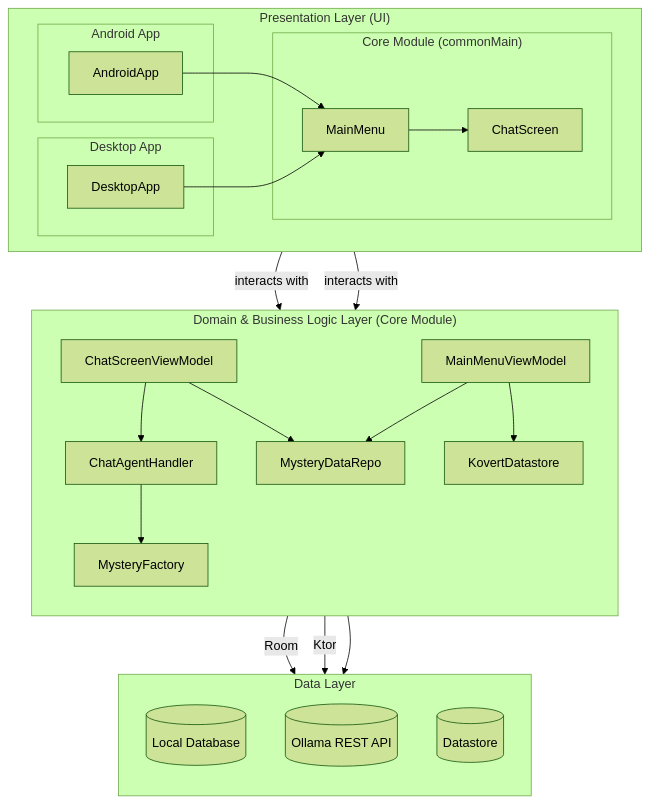
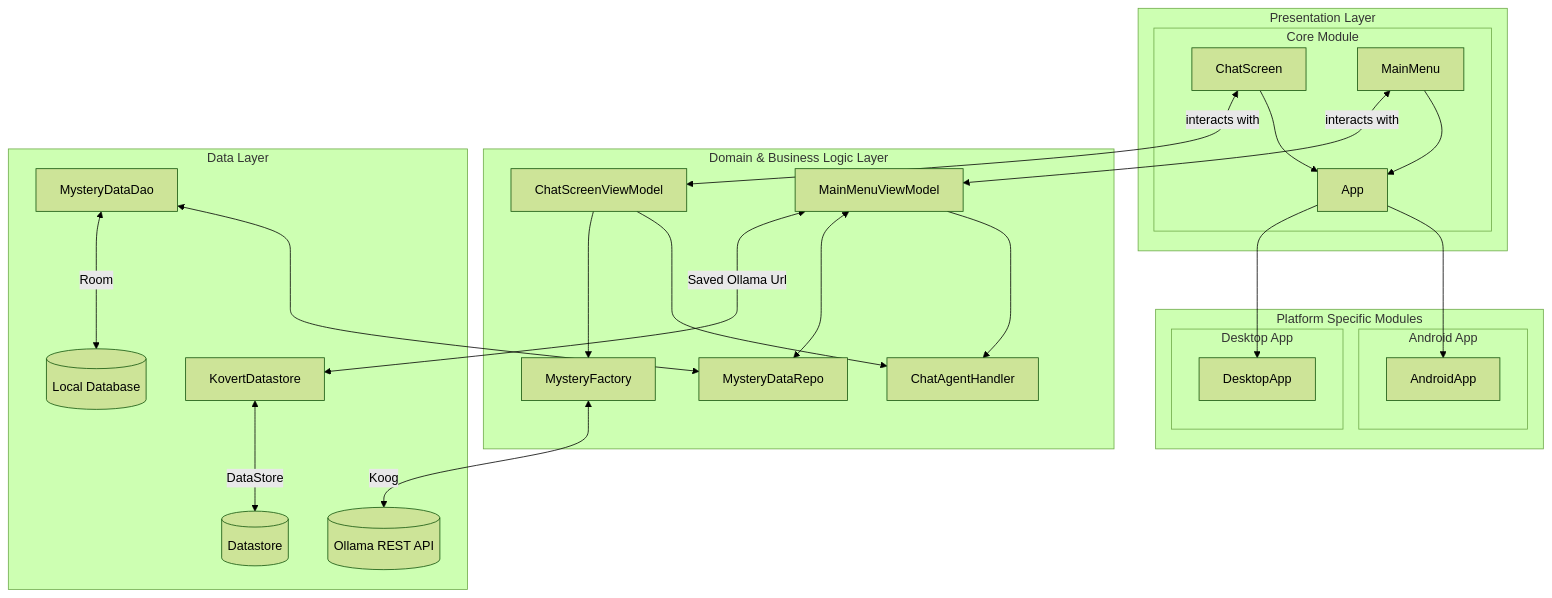
One commit to shub39/Kovert changed the diagram in README.md. Above: the diagram before and after it, drawn with Mermaid (forest theme).

Commit message:
:memo: Update Mermaid diagram in README

````diff
--- a/README.md
+++ b/README.md
@@ -21,39 +21,42 @@
 ```mermaid
 graph TD
-    subgraph "Presentation Layer (UI)"
-        direction LR
+    subgraph "Platform Specific Modules"
         subgraph "Android App"
             AndroidApp
         end
         subgraph "Desktop App"
             DesktopApp
         end
-        subgraph "Core Module (commonMain)"
+    end
+
+    subgraph "Presentation Layer"
+        subgraph "Core Module"
+            App
             ChatScreen
             MainMenu
         end
     end
 
-    subgraph "Domain & Business Logic Layer (Core Module)"
-        direction TB
+    subgraph "Domain & Business Logic Layer"
         ChatScreenViewModel --> ChatAgentHandler
-        ChatScreenViewModel --> MysteryDataRepo
-        MainMenuViewModel --> MysteryDataRepo
-        MainMenuViewModel --> KovertDatastore
-        ChatAgentHandler --> MysteryFactory
+        MainMenuViewModel --> ChatAgentHandler
+        MainMenuViewModel <--> MysteryDataRepo
+        ChatScreenViewModel --> MysteryFactory
     end
 
     subgraph "Data Layer"
-        direction TB
-        MysteryDataRepo -- "Room" --> Database[(Local Database)]
-        MysteryFactory -- "Ktor" --> OllamaAPI[(Ollama REST API)]
-        KovertDatastore --> DataStore[(Datastore)]
+        MysteryDataDao <--> MysteryDataRepo
+        MainMenuViewModel <-- "Saved Ollama Url" --> KovertDatastore
+        MysteryDataDao <-- "Room" --> Database[(Local Database)]
+        MysteryFactory <-- "Koog" --> OllamaAPI[(Ollama REST API)]
+        KovertDatastore <-- "DataStore" --> DataStore[(Datastore)]
     end
 
-    AndroidApp --> MainMenu
-    DesktopApp --> MainMenu
-    MainMenu --> ChatScreen
+    ChatScreen-->App
+    MainMenu-->App
+    App-->AndroidApp
+    App-->DesktopApp
 
-    ChatScreen -- interacts with --> ChatScreenViewModel
-    MainMenu -- interacts with --> MainMenuViewModel
+    ChatScreen <-- interacts with --> ChatScreenViewModel
+    MainMenu <-- interacts with --> MainMenuViewModel
 ```
````
